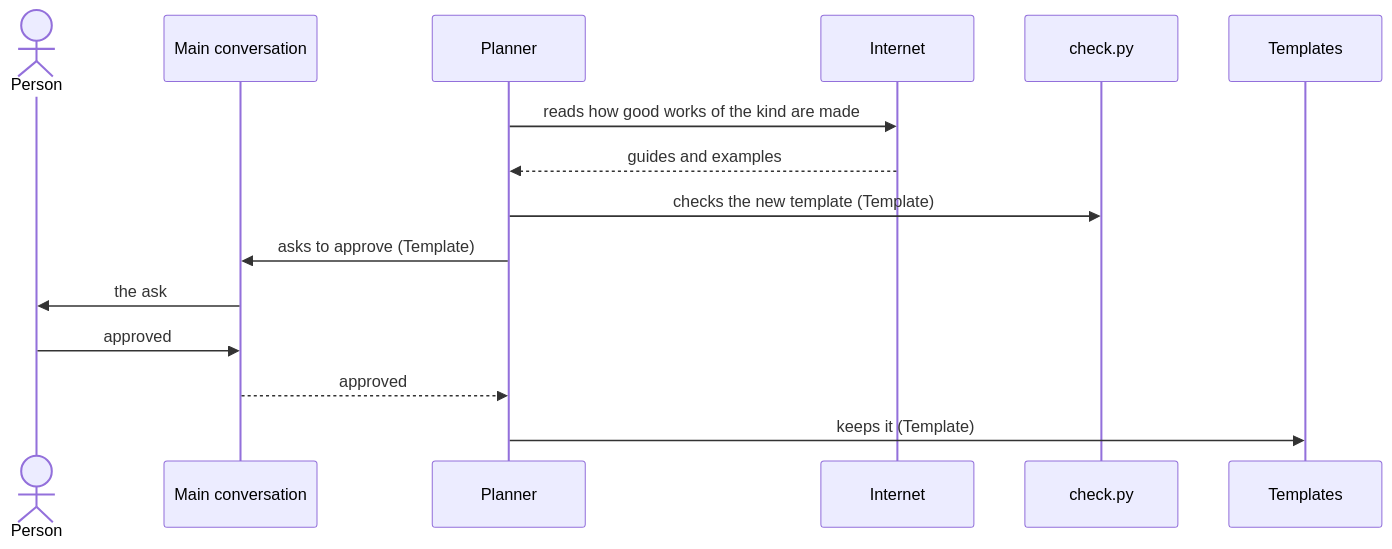
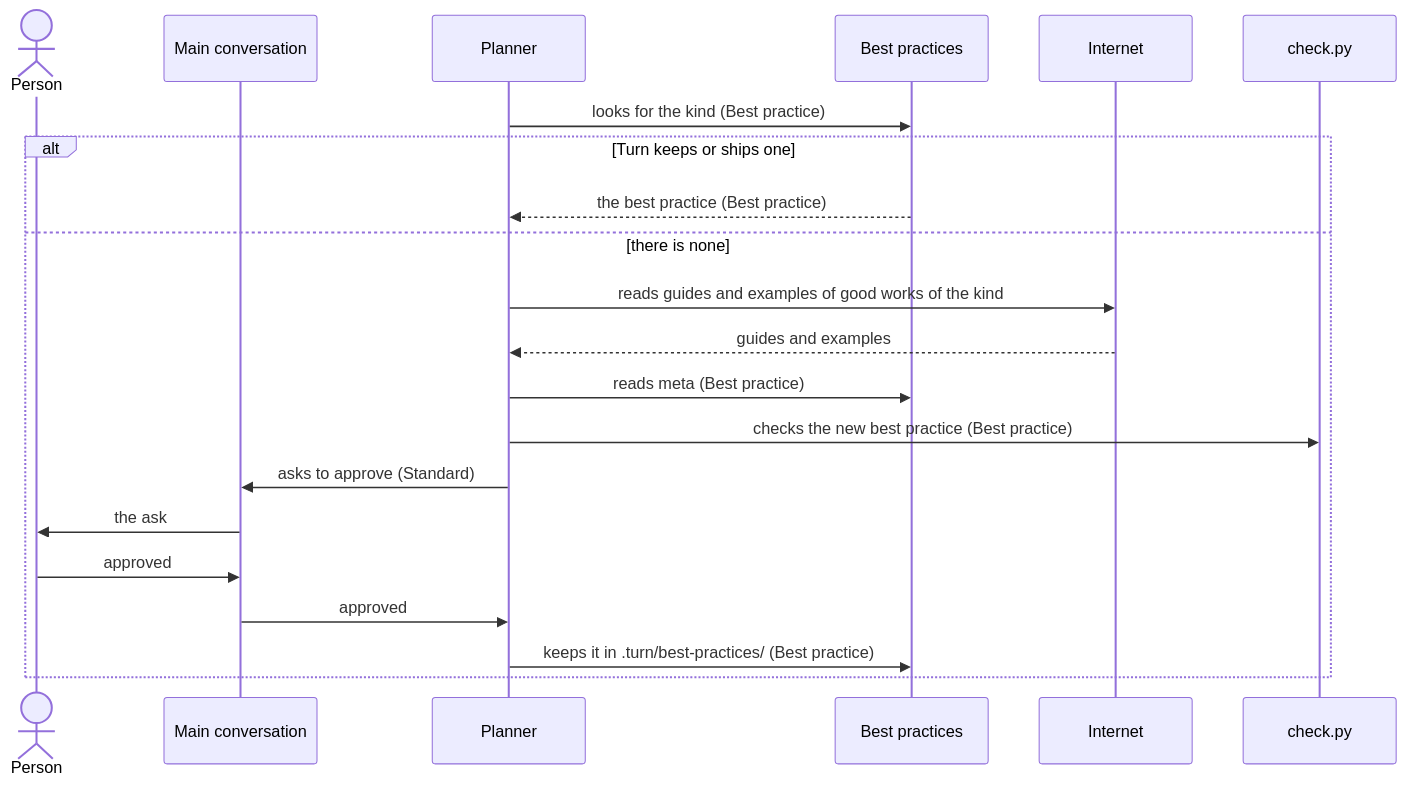
Before and after one commit to lovaizu/ccpm: the second of 5 diagrams in dev/turn/architecture.md, drawn with Mermaid. The commit also changed other lines of this file and 5 other files, not shown here.

First line of the commit message:
turn's architecture made again by architecture's best practice from turn-rebuild.md, the new UX and README: four roles in two phases moved by lane's flow of six positions, the run's files and data model, and each departure from the plugin architecture with its reason

````diff
--- a/dev/turn/architecture.md
+++ b/dev/turn/architecture.md
@@ -182,17 +248,23 @@
 ```mermaid
 sequenceDiagram
   actor P as Person
   participant M as Main conversation
   participant PL as Planner
-  participant W as Internet
+  participant B as Best practices
+  participant I as Internet
   participant C as check.py
-  participant T as Templates
-  PL->>W: reads how good works of the kind are made
-  W-->>PL: guides and examples
-  PL->>C: checks the new template (Template)
-  PL->>M: asks to approve (Template)
-  M->>P: the ask
-  P->>M: approved
-  M-->>PL: approved
-  PL->>T: keeps it (Template)
+  PL->>B: looks for the kind (Best practice)
+  alt Turn keeps or ships one
+    B-->>PL: the best practice (Best practice)
+  else there is none
+    PL->>I: reads guides and examples of good works of the kind
+    I-->>PL: guides and examples
+    PL->>B: reads meta (Best practice)
+    PL->>C: checks the new best practice (Best practice)
+    PL->>M: asks to approve (Standard)
+    M->>P: the ask
+    P->>M: approved
+    M->>PL: approved
+    PL->>B: keeps it in .turn/best-practices/ (Best practice)
+  end
 ```
````
